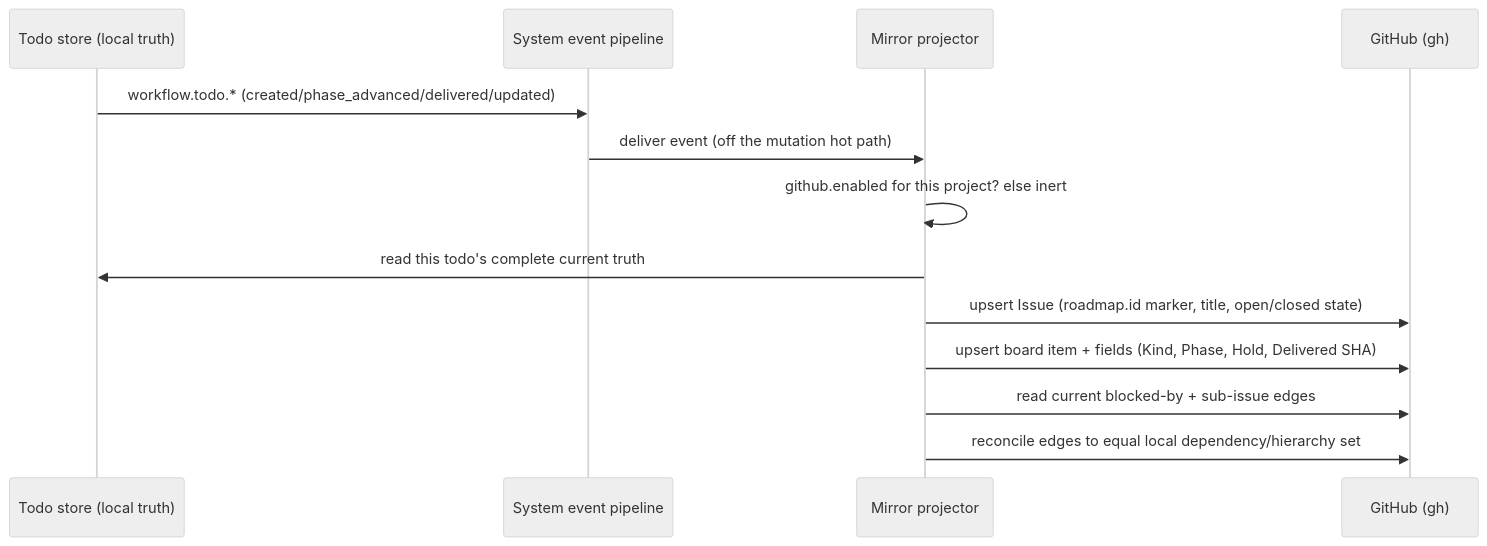
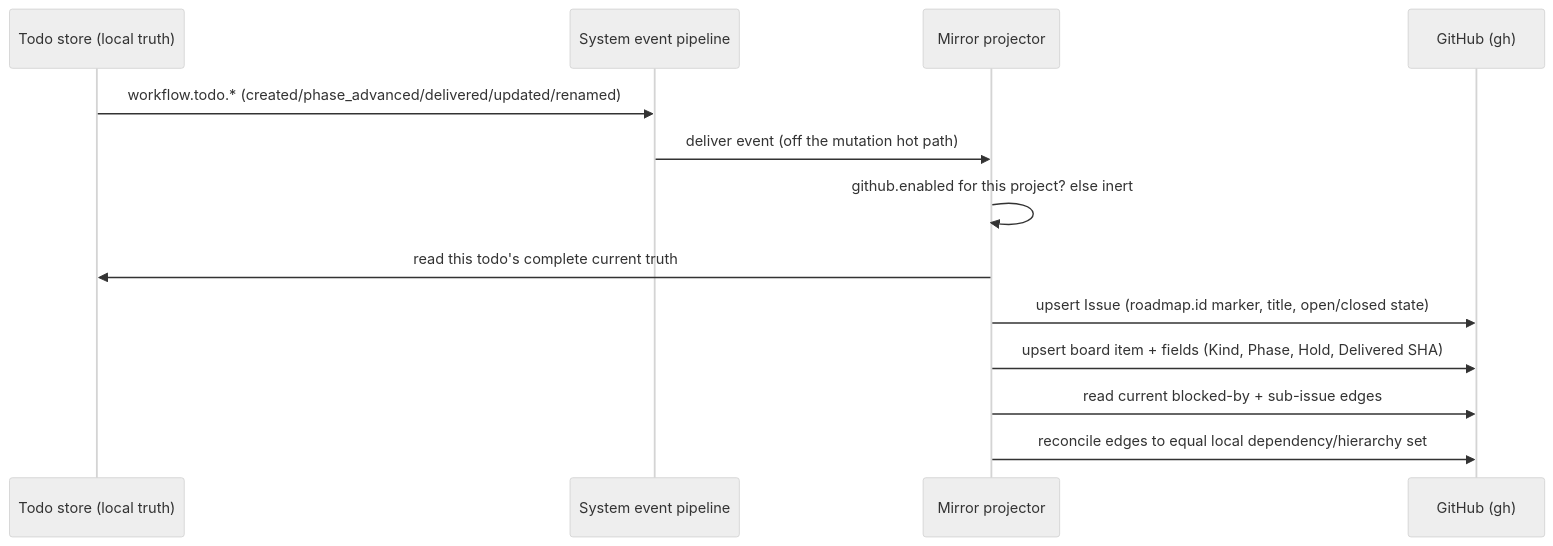
Before and after one commit to InstruktAI/TeleClaude: the diagram in docs/project/design/architecture/github-todo-mirror.md, drawn with Mermaid (neutral theme). The commit also changed other lines of this file and 1 other file, not shown here.

First line of the commit message:
docs(github-todo-mirror): address architecture review — add workflow.todo.renamed to the mirror contract, author the github config section

````diff
--- a/docs/project/design/architecture/github-todo-mirror.md
+++ b/docs/project/design/architecture/github-todo-mirror.md
@@ -76,15 +82,15 @@
 ```mermaid
 sequenceDiagram
     participant DB as Todo store (local truth)
     participant Bus as System event pipeline
     participant Mirror as Mirror projector
     participant GH as GitHub (gh)
-    DB->>Bus: workflow.todo.* (created/phase_advanced/delivered/updated)
+    DB->>Bus: workflow.todo.* (created/phase_advanced/delivered/updated/renamed)
     Bus->>Mirror: deliver event (off the mutation hot path)
     Mirror->>Mirror: github.enabled for this project? else inert
     Mirror->>DB: read this todo's complete current truth
     Mirror->>GH: upsert Issue (roadmap.id marker, title, open/closed state)
     Mirror->>GH: upsert board item + fields (Kind, Phase, Hold, Delivered SHA)
     Mirror->>GH: read current blocked-by + sub-issue edges
     Mirror->>GH: reconcile edges to equal local dependency/hierarchy set
 ```
````
